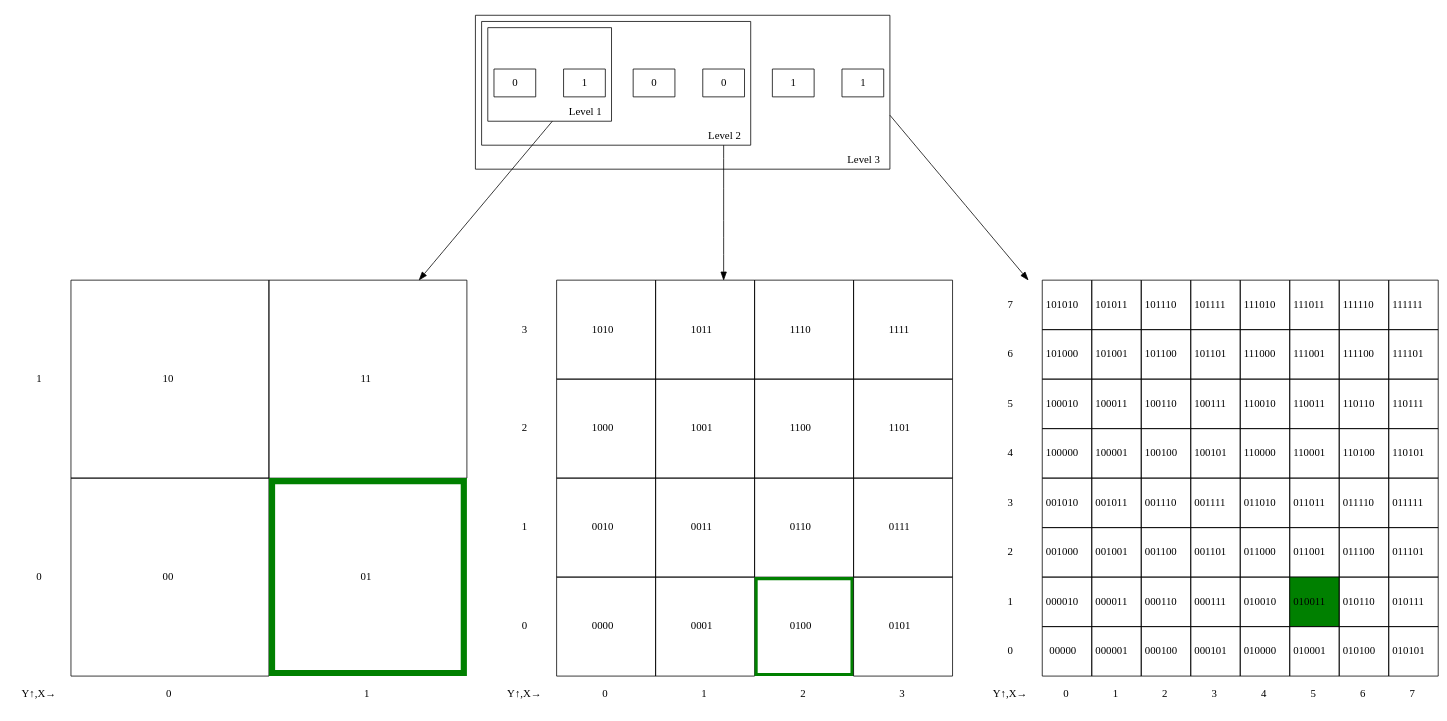
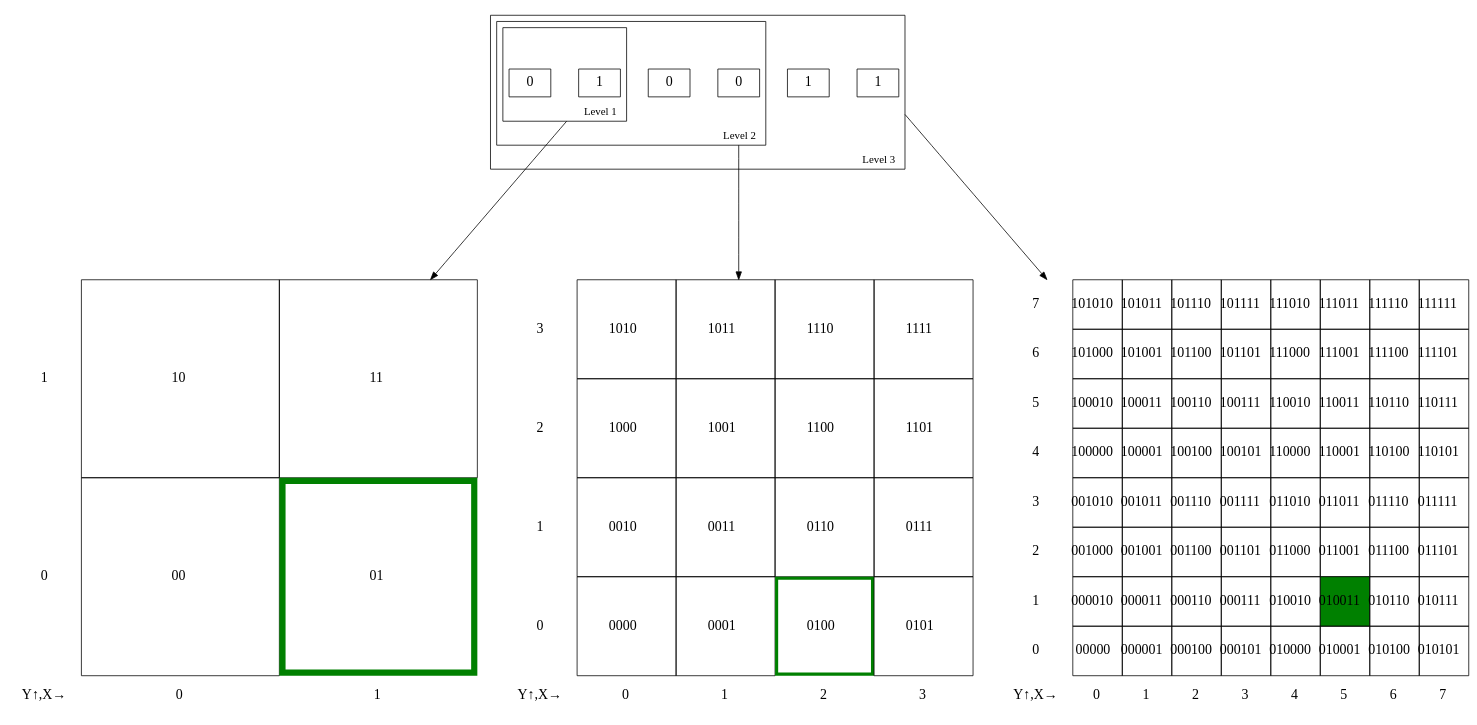
Before and after one commit to CesiumGS/3d-tiles: the diagram in extensions/3DTILES_implicit_tiling/figures/tile_location.dot, drawn with Graphviz. The commit also changed 2 other files, not shown here.

Commit message:
Increases font size in tile_location diagram

```diff
--- a/extensions/3DTILES_implicit_tiling/figures/tile_location.dot
+++ b/extensions/3DTILES_implicit_tiling/figures/tile_location.dot
@@ -1,7 +1,7 @@
 digraph {
 
     graph [nodesep=0.5, compound=true]
-    node [shape=record]
+    node [shape=record, fontsize=18]
     labeljust = "r"
     labelloc = "b"
     rankdir=TB
```
